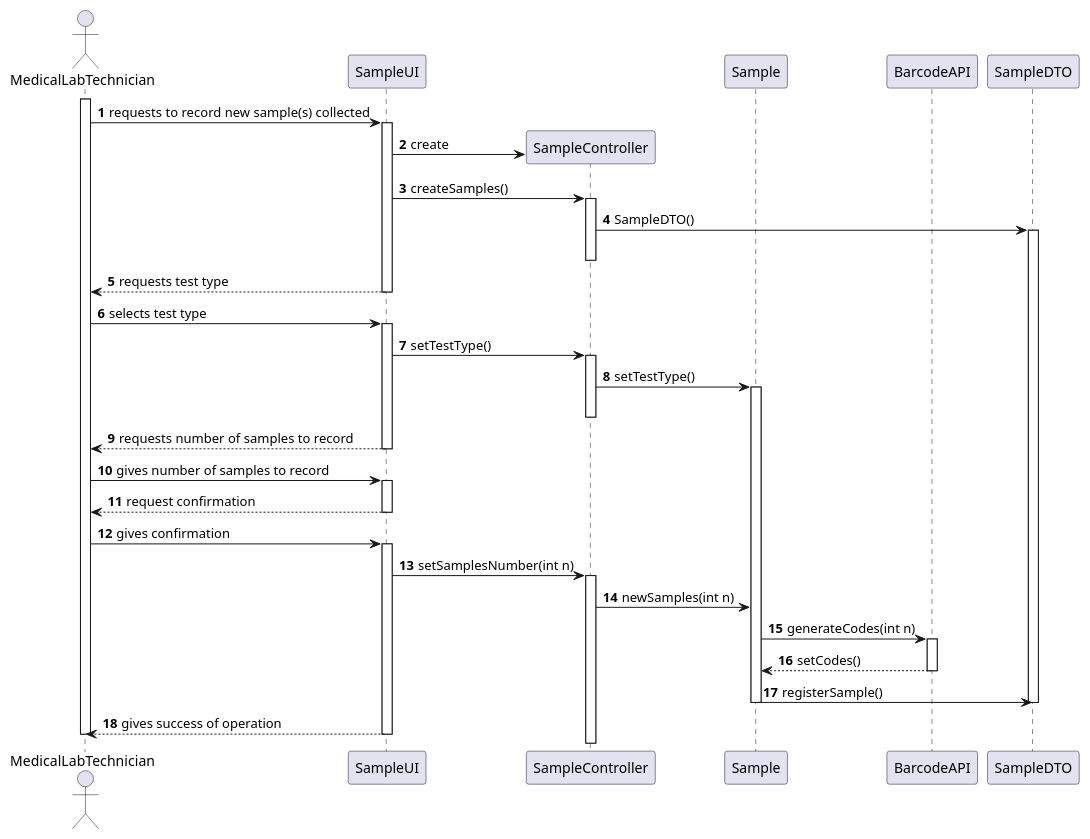
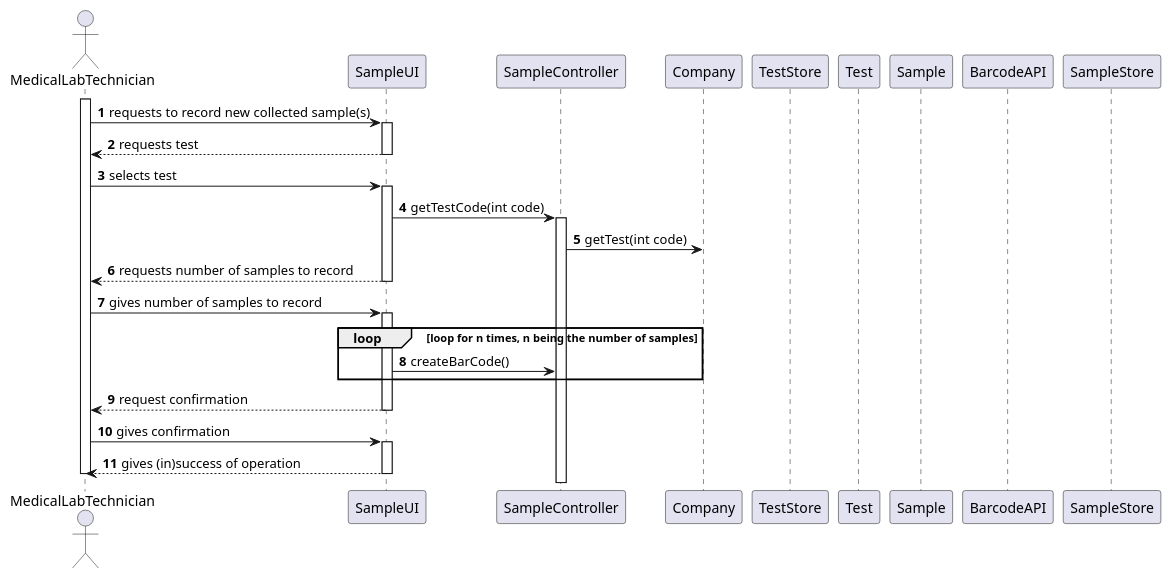
Before and after one commit to MadDinosaur/ISEP-LAPR2: the diagram in docs/SprintC/US5/US5_SD.puml, drawn with PlantUML. The commit also changed 5 other files, not shown here.

```diff
--- a/docs/SprintC/US5/US5_SD.puml
+++ b/docs/SprintC/US5/US5_SD.puml
@@ -1,53 +1,47 @@
 @startuml
 
 autonumber
 
 actor MedicalLabTechnician as mlt
 participant SampleUI as UI
 participant SampleController as Controller
+participant Company
+participant TestStore
+participant Test
 participant Sample
 participant BarcodeAPI as API
-participant SampleDTO as DTO
+participant SampleStore
 
 activate mlt
-mlt -> UI: requests to record new sample(s) collected
+mlt -> UI: requests to record new collected sample(s)
 activate UI
-create Controller
-UI -> Controller : create
-UI -> Controller : createSamples()
+
+UI --> mlt: requests test
+deactivate UI
+
+mlt -> UI: selects test
+activate UI
+UI -> Controller: getTestCode(int code)
 activate Controller
-Controller -> DTO : SampleDTO()
-activate DTO
-deactivate Controller
-UI --> mlt: requests test type
-deactivate UI
-mlt -> UI: selects test type
-activate UI
-UI -> Controller: setTestType()
-activate Controller
-Controller -> Sample : setTestType()
-activate Sample
-deactivate Controller
+Controller -> Company: getTest(int code)
+
 UI --> mlt: requests number of samples to record
 deactivate UI
+
 mlt -> UI: gives number of samples to record
 activate UI
+loop loop for n times, n being the number of samples
+UI -> Controller: createBarCode()
+end loop
+
 UI --> mlt: request confirmation
 deactivate UI
+
 mlt -> UI: gives confirmation
 activate UI
-UI -> Controller : setSamplesNumber(int n)
-activate Controller
-Controller -> Sample : newSamples(int n)
-Sample -> API : generateCodes(int n)
-activate API
-API --> Sample : setCodes()
-deactivate API
-Sample -> DTO : registerSample()
-deactivate DTO
-deactivate Sample
-UI --> mlt: gives success of operation
+
+UI --> mlt: gives (in)success of operation
 deactivate UI
 deactivate mlt
 
 @enduml
```
